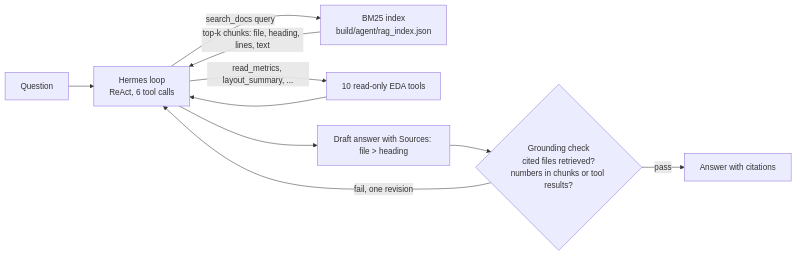
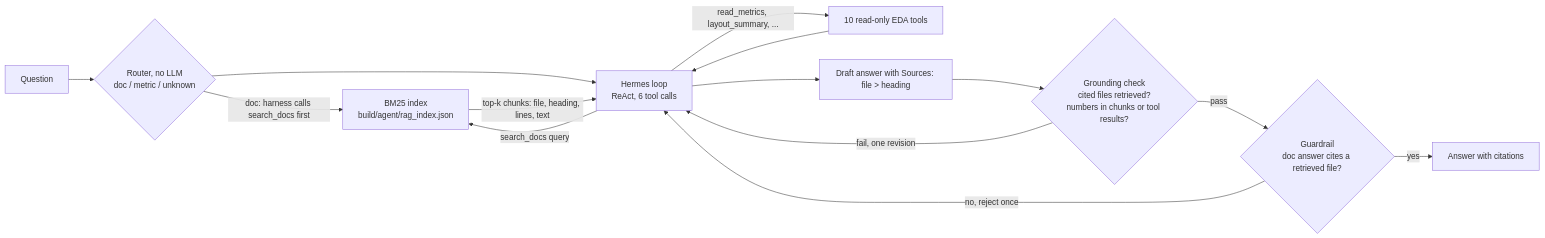
One commit to rajaghv-dev/open-ai-chip changed the diagram in examples/hermes_rag/README.md. Above: the diagram before and after it, drawn with Mermaid. The commit also changed other lines of this file and 56 other files, not shown here.

````diff
--- a/examples/hermes_rag/README.md
+++ b/examples/hermes_rag/README.md
@@ -20,12 +22,16 @@
 ```mermaid
 flowchart LR
-  Q[Question] --> H[Hermes loop<br/>ReAct, 6 tool calls]
+  Q[Question] --> RT{Router, no LLM<br/>doc / metric / unknown}
+  RT -->|doc: harness calls search_docs first| R
+  RT --> H[Hermes loop<br/>ReAct, 6 tool calls]
   H -->|search_docs query| R[BM25 index<br/>build/agent/rag_index.json]
   R -->|top-k chunks: file, heading, lines, text| H
   H -->|read_metrics, layout_summary, ...| T[10 read-only EDA tools]
   T --> H
   H --> A[Draft answer with Sources: file > heading]
   A --> G{Grounding check<br/>cited files retrieved?<br/>numbers in chunks or tool results?}
   G -->|fail, one revision| H
-  G -->|pass| F[Answer with citations]
+  G -->|pass| GR{Guardrail<br/>doc answer cites a retrieved file?}
+  GR -->|no, reject once| H
+  GR -->|yes| F[Answer with citations]
 ```
````
